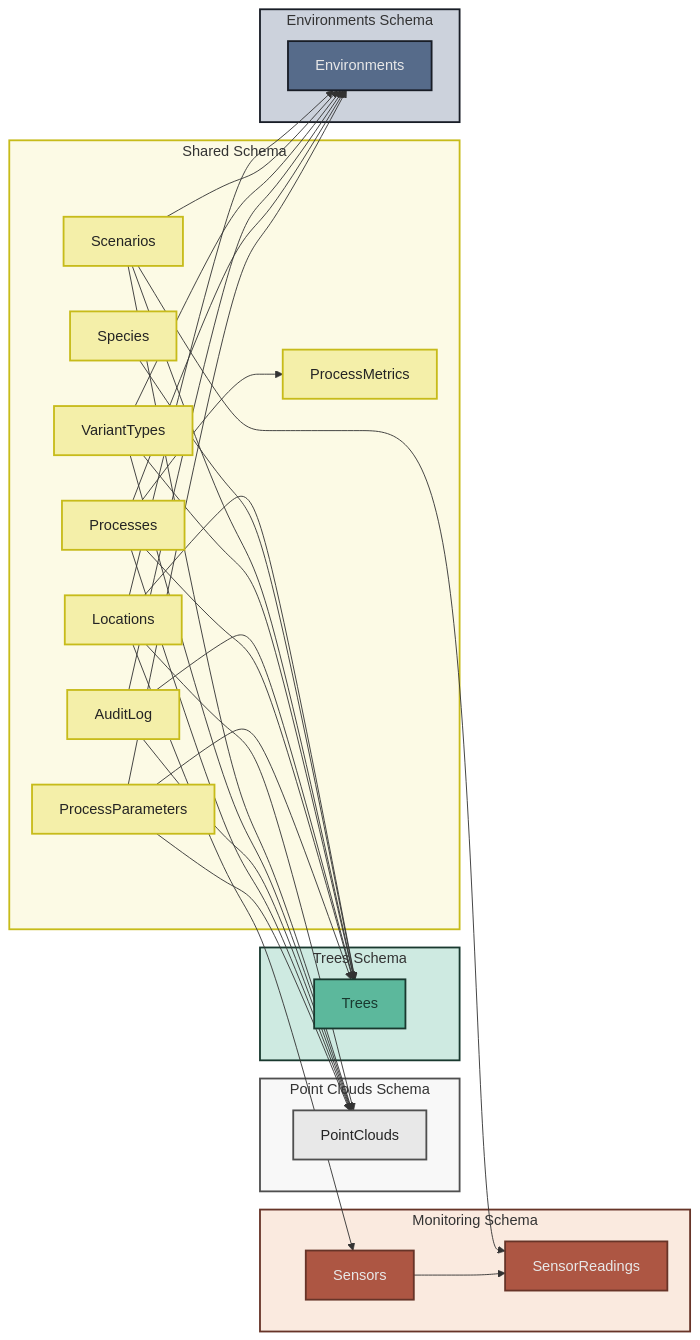
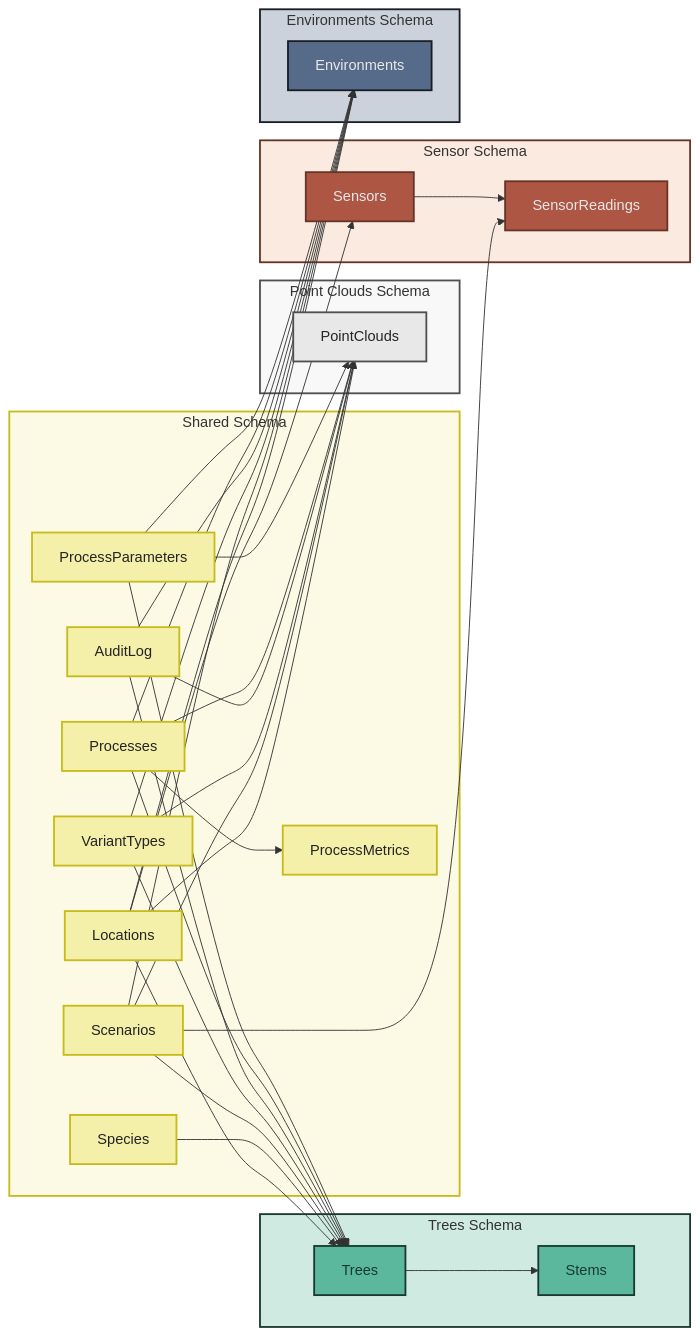
Before and after one commit to XRFutureForests/digital-twin-db: the first of 10 diagrams in docs/architecture/database.md, drawn with Mermaid. The commit also changed other lines of this file and 5 other files, not shown here.

```diff
--- a/docs/architecture/database.md
+++ b/docs/architecture/database.md
@@ -25,9 +31,10 @@
     
     subgraph trees ["Trees Schema"]
         TV[Trees]
+        TST[Stems]
     end
     
-    subgraph monitoring ["Monitoring Schema"]
+    subgraph sensor ["Sensor Schema"]
         S[Sensors]
         SR[SensorReadings]
     end
@@ -62,29 +69,30 @@
     %% Within-schema relationships
     S --> SR
     SP --> SPM
+    TV --> TST
 
     classDef sharedNodes fill:#F4EFA9,stroke:#c7bb1a,stroke-width:2px,color:#242424
     classDef pointcloudsNodes fill:#e8e8e8,stroke:#4f4f4f,stroke-width:2px,color:#242424
     classDef treesNodes fill:#5CB89C,stroke:#19392f,stroke-width:2px,color:#19392f
-    classDef monitoringNodes fill:#AD5643,stroke:#673428,stroke-width:2px,color:#e8e8e8
+    classDef sensorNodes fill:#AD5643,stroke:#673428,stroke-width:2px,color:#e8e8e8
     classDef environmentsNodes fill:#566b8a,stroke:#181d26,stroke-width:2px,color:#e8e8e8
     
     classDef sharedSubgraph fill:#F4EFA9,fill-opacity:0.3,stroke:#c7bb1a,stroke-width:2px
     classDef pointcloudsSubgraph fill:#e8e8e8,fill-opacity:0.3,stroke:#4f4f4f,stroke-width:2px
     classDef treesSubgraph fill:#5CB89C,fill-opacity:0.3,stroke:#19392f,stroke-width:2px
-    classDef monitoringSubgraph fill:#eeb896,fill-opacity:0.3,stroke:#673428,stroke-width:2px
+    classDef sensorSubgraph fill:#eeb896,fill-opacity:0.3,stroke:#673428,stroke-width:2px
     classDef environmentsSubgraph fill:#566b8a,fill-opacity:0.3,stroke:#181d26,stroke-width:2px
     
     class SL,SS,SC,SVT,SAL,SP,SPP,SPM sharedNodes
     class PCV pointcloudsNodes
-    class TV treesNodes
-    class S,SR monitoringNodes
+    class TV,TST treesNodes
+    class S,SR sensorNodes
     class EV environmentsNodes
     
     class shared sharedSubgraph
     class pointclouds pointcloudsSubgraph
     class trees treesSubgraph
-    class monitoring monitoringSubgraph
+    class sensor sensorSubgraph
     class environments environmentsSubgraph
 
 
```
